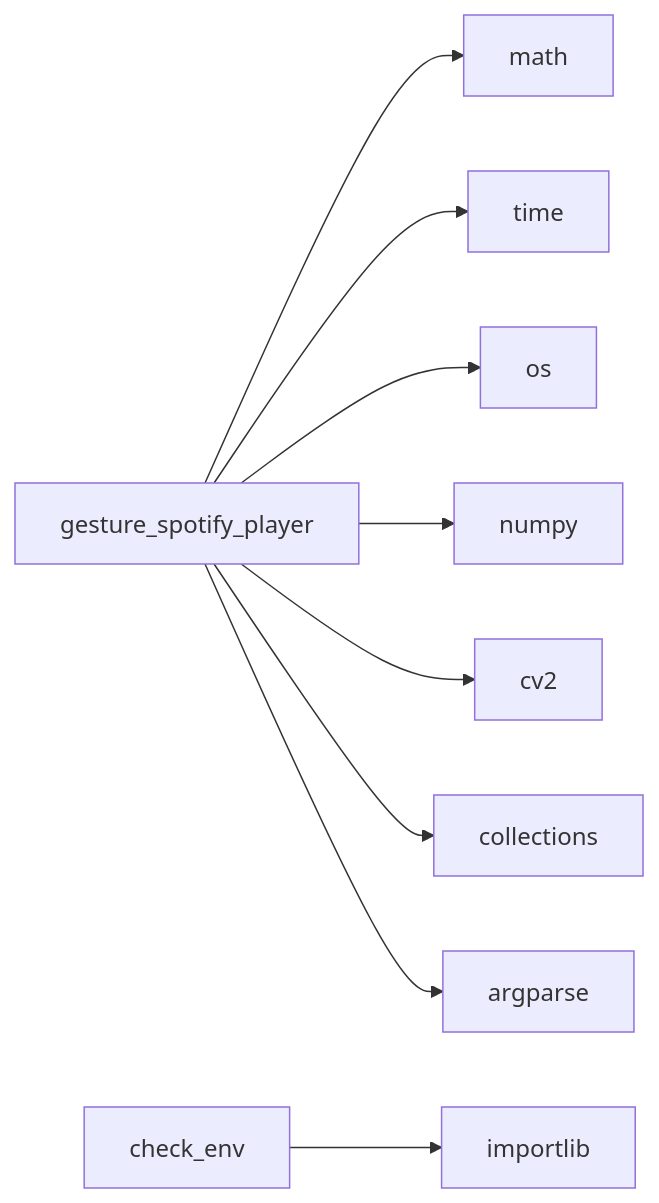
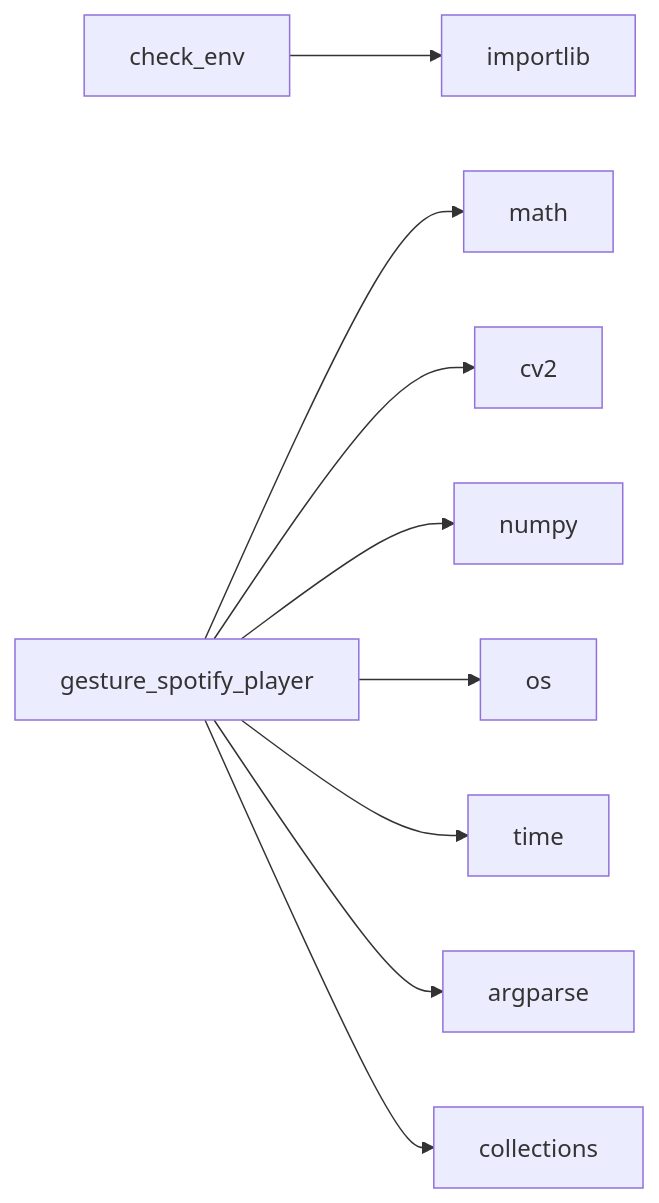
The second of 2 diagrams in README.md (NITISH-R-G/PalmPlay1), drawn with Mermaid before and after one commit. The commit also changed other lines of this file and 3 other files, not shown here.

Commit message:
docs: update repository documentation and diagrams [skip ci]

````diff
--- a/README.md
+++ b/README.md
@@ -60,15 +60,15 @@
 ```mermaid
 graph LR
+    check_env[check_env]
+    check_env --> importlib[importlib]
     gesture_spotify_player[gesture_spotify_player]
     gesture_spotify_player --> math[math]
+    gesture_spotify_player --> cv2[cv2]
+    gesture_spotify_player --> numpy[numpy]
+    gesture_spotify_player --> os[os]
     gesture_spotify_player --> time[time]
-    gesture_spotify_player --> os[os]
-    gesture_spotify_player --> numpy[numpy]
-    gesture_spotify_player --> cv2[cv2]
+    gesture_spotify_player --> argparse[argparse]
     gesture_spotify_player --> collections[collections]
-    gesture_spotify_player --> argparse[argparse]
-    check_env[check_env]
-    check_env --> importlib[importlib]
+    click check_env href "https://github.com/NITISH-R-G/PalmPlay1/blob/main/check_env.py" "View source code"
     click gesture_spotify_player href "https://github.com/NITISH-R-G/PalmPlay1/blob/main/gesture_spotify_player.py" "View source code"
-    click check_env href "https://github.com/NITISH-R-G/PalmPlay1/blob/main/check_env.py" "View source code"
 ```
````
